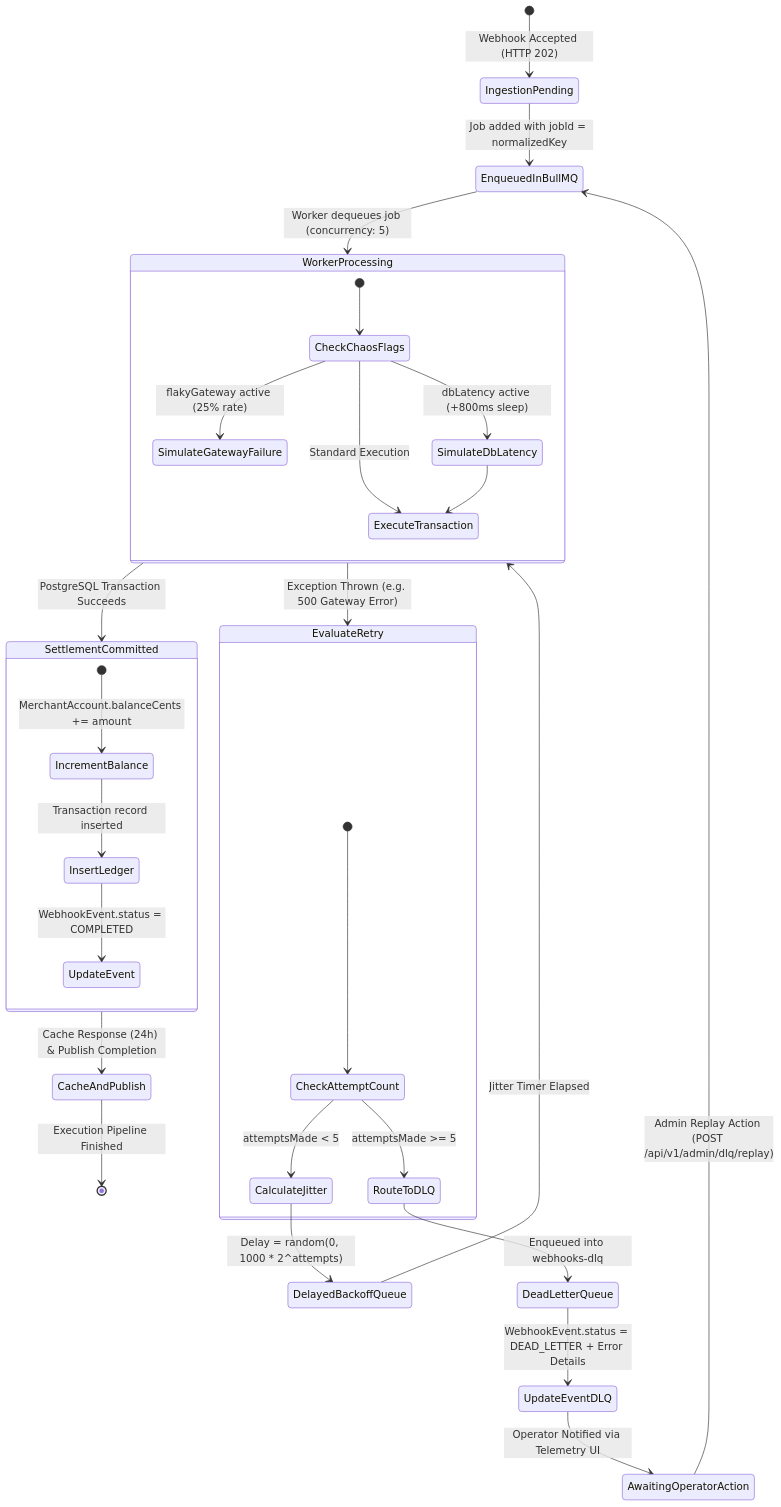
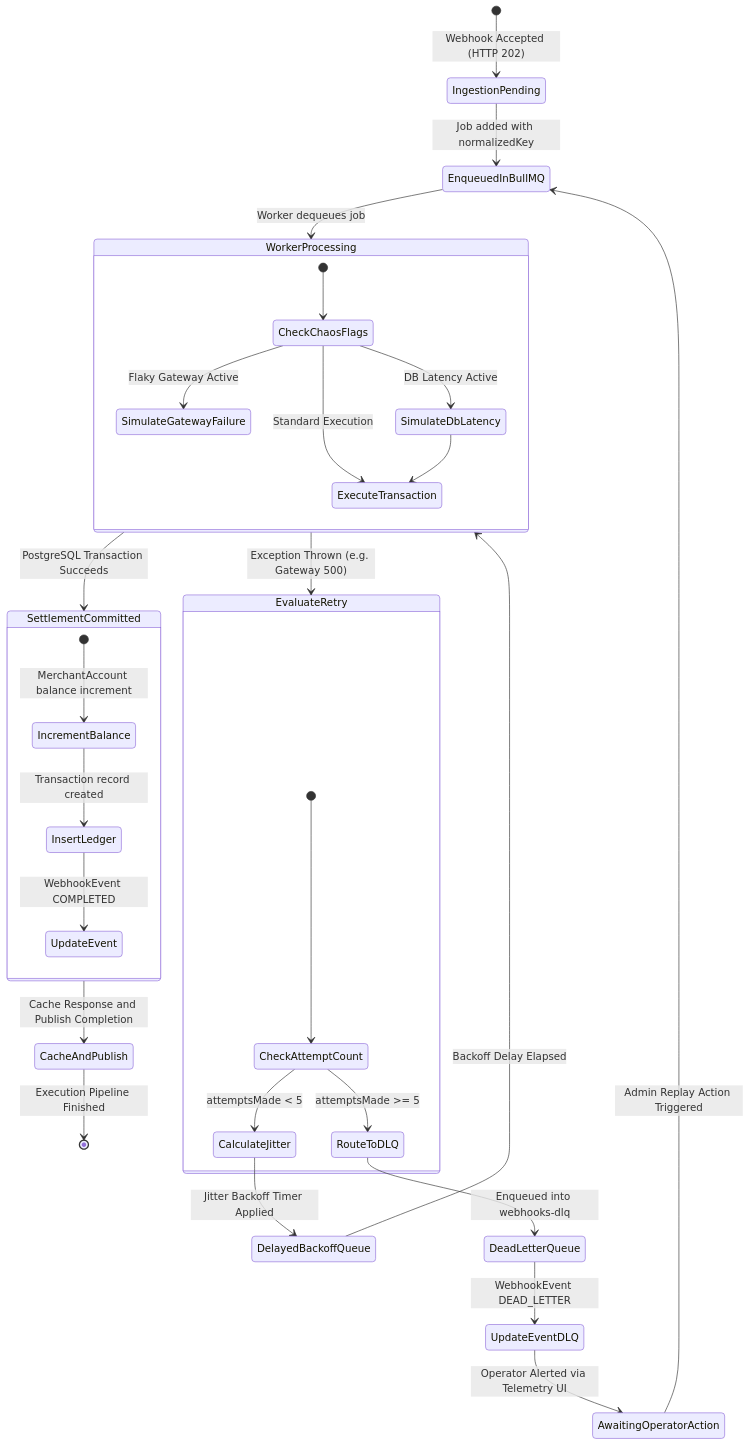
Before and after one commit to enmanuel-leon/idempotent-task-engine: the diagram in docs/04-queue-resilience-and-jitter.md, drawn with Mermaid. The commit also changed 1 other file, not shown here.

Commit message:
fix(docs): quote flowchart edge labels and clean state transitions in mermaid
- Quote flowchart edge labels containing parentheses to prevent parser errors
- Clean special characters from state diagram transition labels
- Verify all mermaid diagrams pass native syntax parsing

````diff
--- a/docs/04-queue-resilience-and-jitter.md
+++ b/docs/04-queue-resilience-and-jitter.md
@@ -11,45 +11,45 @@
 ```mermaid
 stateDiagram-v2
     [*] --> IngestionPending: Webhook Accepted (HTTP 202)
 
-    IngestionPending --> EnqueuedInBullMQ: Job added with jobId = normalizedKey
+    IngestionPending --> EnqueuedInBullMQ: Job added with normalizedKey
 
-    EnqueuedInBullMQ --> WorkerProcessing: Worker dequeues job (concurrency: 5)
+    EnqueuedInBullMQ --> WorkerProcessing: Worker dequeues job
 
     state WorkerProcessing {
         [*] --> CheckChaosFlags
-        CheckChaosFlags --> SimulateGatewayFailure: flakyGateway active (25% rate)
-        CheckChaosFlags --> SimulateDbLatency: dbLatency active (+800ms sleep)
+        CheckChaosFlags --> SimulateGatewayFailure: Flaky Gateway Active
+        CheckChaosFlags --> SimulateDbLatency: DB Latency Active
         CheckChaosFlags --> ExecuteTransaction: Standard Execution
         SimulateDbLatency --> ExecuteTransaction
     }
 
     WorkerProcessing --> SettlementCommitted: PostgreSQL Transaction Succeeds
 
     state SettlementCommitted {
-        [*] --> IncrementBalance: MerchantAccount.balanceCents += amount
-        IncrementBalance --> InsertLedger: Transaction record inserted
-        InsertLedger --> UpdateEvent: WebhookEvent.status = COMPLETED
+        [*] --> IncrementBalance: MerchantAccount balance increment
+        IncrementBalance --> InsertLedger: Transaction record created
+        InsertLedger --> UpdateEvent: WebhookEvent COMPLETED
     }
 
-    SettlementCommitted --> CacheAndPublish: Cache Response (24h) & Publish Completion
+    SettlementCommitted --> CacheAndPublish: Cache Response and Publish Completion
     CacheAndPublish --> [*]: Execution Pipeline Finished
 
-    WorkerProcessing --> EvaluateRetry: Exception Thrown (e.g. 500 Gateway Error)
+    WorkerProcessing --> EvaluateRetry: Exception Thrown (e.g. Gateway 500)
 
     state EvaluateRetry {
         [*] --> CheckAttemptCount
         CheckAttemptCount --> CalculateJitter: attemptsMade < 5
         CheckAttemptCount --> RouteToDLQ: attemptsMade >= 5
     }
 
-    CalculateJitter --> DelayedBackoffQueue: Delay = random(0, 1000 * 2^attempts)
-    DelayedBackoffQueue --> WorkerProcessing: Jitter Timer Elapsed
+    CalculateJitter --> DelayedBackoffQueue: Jitter Backoff Timer Applied
+    DelayedBackoffQueue --> WorkerProcessing: Backoff Delay Elapsed
 
     RouteToDLQ --> DeadLetterQueue: Enqueued into webhooks-dlq
-    DeadLetterQueue --> UpdateEventDLQ: WebhookEvent.status = DEAD_LETTER + Error Details
+    DeadLetterQueue --> UpdateEventDLQ: WebhookEvent DEAD_LETTER
 
-    UpdateEventDLQ --> AwaitingOperatorAction: Operator Notified via Telemetry UI
+    UpdateEventDLQ --> AwaitingOperatorAction: Operator Alerted via Telemetry UI
 
-    AwaitingOperatorAction --> EnqueuedInBullMQ: Admin Replay Action (POST /api/v1/admin/dlq/replay)
+    AwaitingOperatorAction --> EnqueuedInBullMQ: Admin Replay Action Triggered
 ```
````
